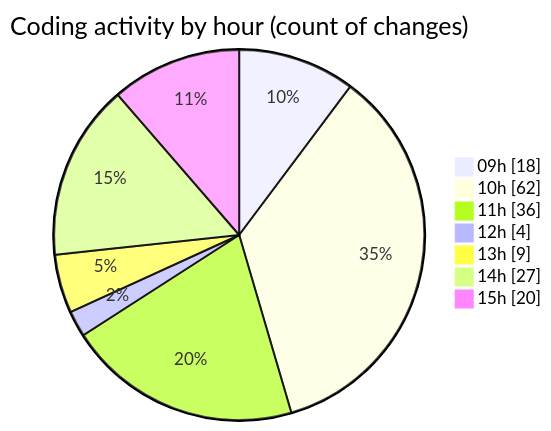
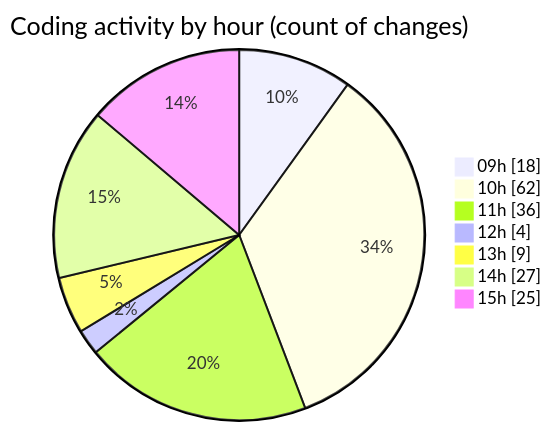
One commit to momahboobian/code-tracking changed the second of 2 diagrams in 2025-07-01/cda/README.md. Above: the diagram before and after it, drawn with Mermaid. The commit also changed other lines of this file and 1 other file, not shown here.

````diff
--- a/2025-07-01/cda/README.md
+++ b/2025-07-01/cda/README.md
@@ -53,11 +53,11 @@
 ```mermaid
 pie showData
 title Coding activity by hour (count of changes)
 "09h" : 18
 "10h" : 62
 "11h" : 36
 "12h" : 4
 "13h" : 9
 "14h" : 27
-"15h" : 20
+"15h" : 25
 ```
````
